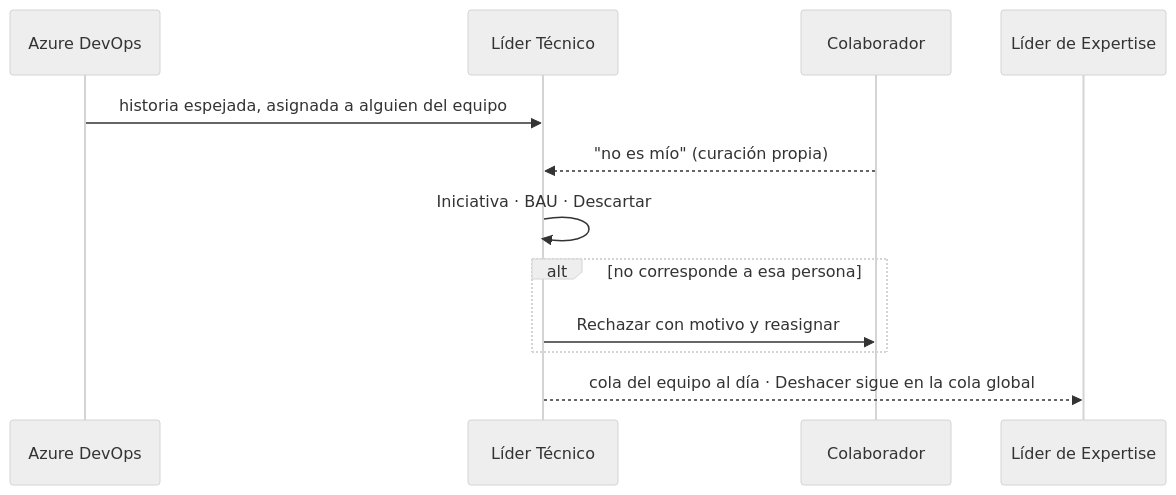
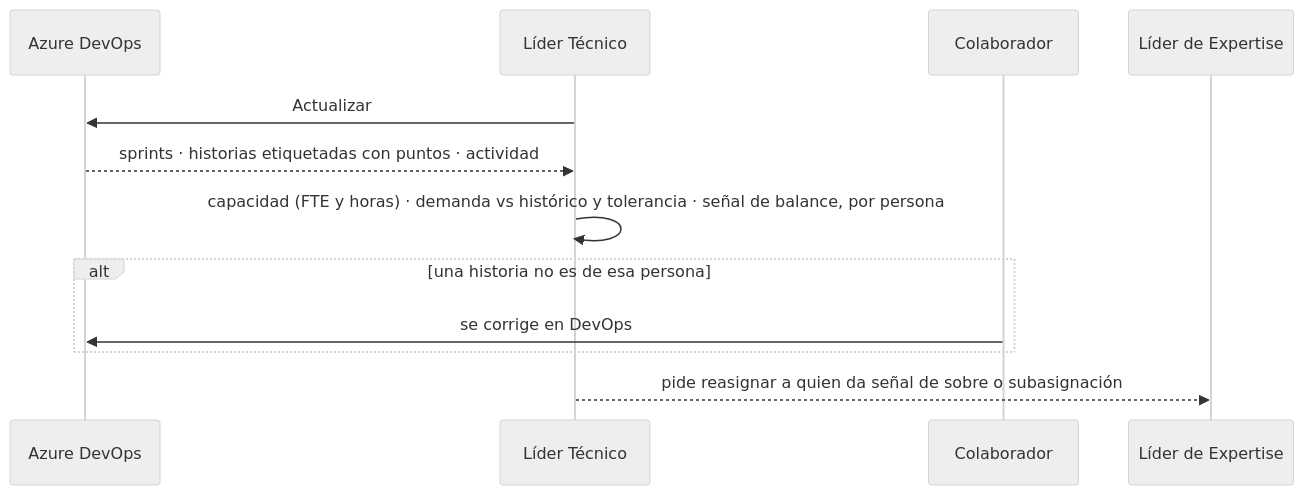
Before and after one commit to estibenlicona/anto: the tenth of 17 diagrams in context/docs/Roles_y_Permisos_Plataforma.md, drawn with Mermaid (neutral theme). The commit also changed other lines of this file and 500 other files, not shown here.

````diff
--- a/context/docs/Roles_y_Permisos_Plataforma.md
+++ b/context/docs/Roles_y_Permisos_Plataforma.md
@@ -300,14 +297,14 @@
 ```mermaid
 sequenceDiagram
     participant DO as Azure DevOps
     participant LT as Líder Técnico
     participant CO as Colaborador
     participant LE as Líder de Expertise
-    DO->>LT: historia espejada, asignada a alguien del equipo
-    CO-->>LT: "no es mío" (curación propia)
-    LT->>LT: Iniciativa · BAU · Descartar
-    alt no corresponde a esa persona
-        LT->>CO: Rechazar con motivo y reasignar
+    LT->>DO: Actualizar
+    DO-->>LT: sprints · historias etiquetadas con puntos · actividad
+    LT->>LT: capacidad (FTE y horas) · demanda vs histórico y tolerancia · señal de balance, por persona
+    alt una historia no es de esa persona
+        CO->>DO: se corrige en DevOps
     end
-    LT-->>LE: cola del equipo al día · Deshacer sigue en la cola global
+    LT-->>LE: pide reasignar a quien da señal de sobre o subasignación
 ```
````
